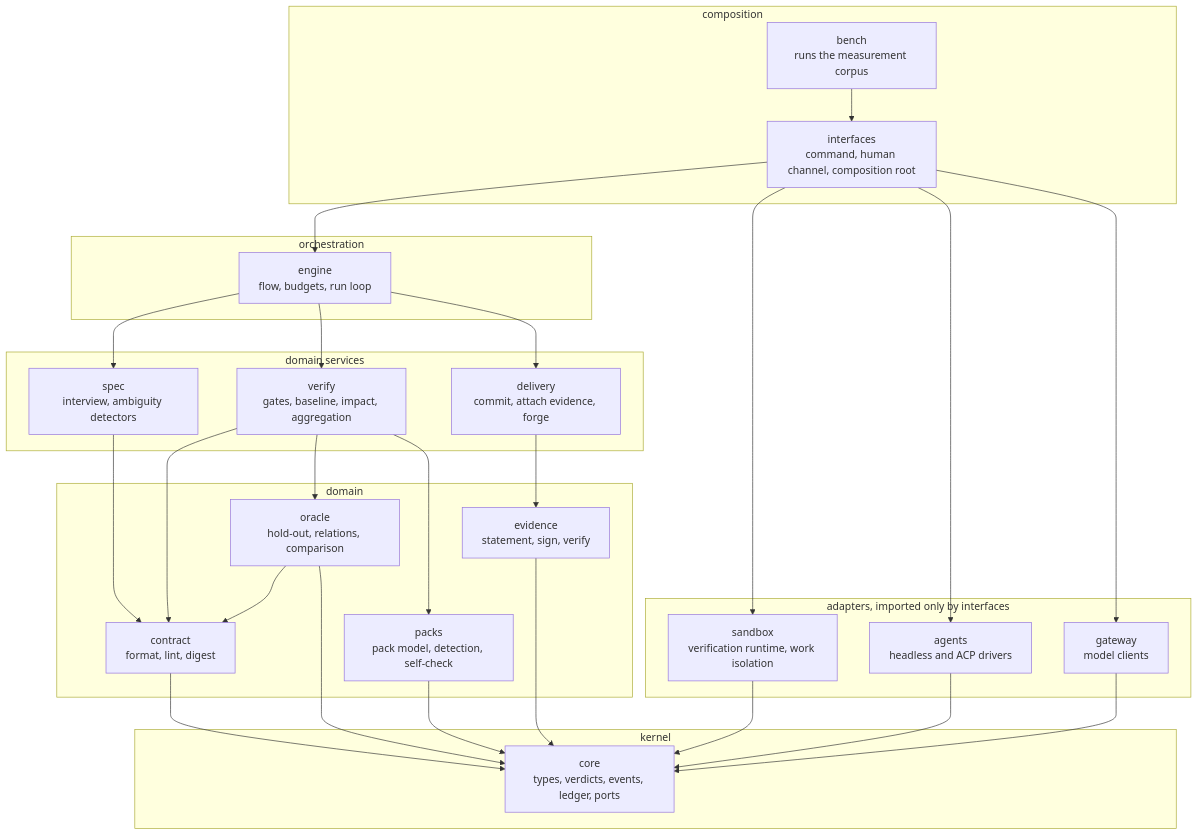
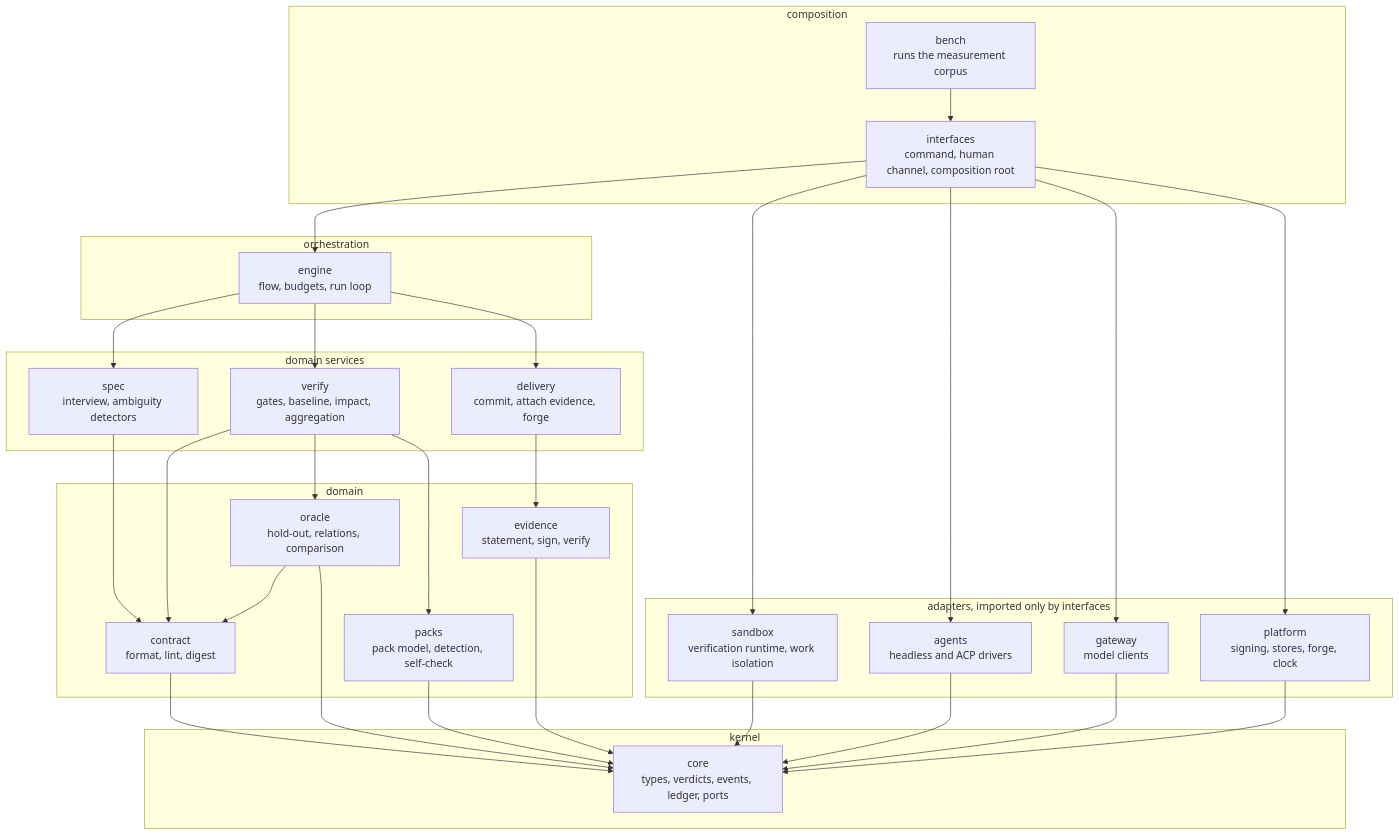
Before and after one commit to rafaranaz/raclab-dokime: the diagram in docs/architecture/02-modules.md, drawn with Mermaid. The commit also changed other lines of this file and 7 other files, not shown here.

````diff
--- a/docs/architecture/02-modules.md
+++ b/docs/architecture/02-modules.md
@@ -7,51 +7,54 @@
 ```mermaid
 flowchart TB
     subgraph L4["composition"]
         interfaces["interfaces<br/>command, human channel, composition root"]
         bench["bench<br/>runs the measurement corpus"]
     end
     subgraph L3["orchestration"]
         engine["engine<br/>flow, budgets, run loop"]
     end
     subgraph L2["domain services"]
         spec["spec<br/>interview, ambiguity detectors"]
         verify["verify<br/>gates, baseline, impact, aggregation"]
         delivery["delivery<br/>commit, attach evidence, forge"]
     end
     subgraph L1["domain"]
         contract["contract<br/>format, lint, digest"]
         oracle["oracle<br/>hold-out, relations, comparison"]
         evidence["evidence<br/>statement, sign, verify"]
         packs["packs<br/>pack model, detection, self-check"]
     end
     subgraph L0["kernel"]
         core["core<br/>types, verdicts, events, ledger, ports"]
     end
     subgraph AD["adapters, imported only by interfaces"]
         sandbox["sandbox<br/>verification runtime, work isolation"]
         agents["agents<br/>headless and ACP drivers"]
         gateway["gateway<br/>model clients"]
+        platform["platform<br/>signing, stores, forge, clock"]
     end
 
     interfaces --> engine
     bench --> interfaces
     engine --> spec
     engine --> verify
     engine --> delivery
     spec --> contract
     verify --> contract
     verify --> oracle
     verify --> packs
     delivery --> evidence
     oracle --> contract
     contract --> core
     oracle --> core
     evidence --> core
     packs --> core
     interfaces --> sandbox
     interfaces --> agents
     interfaces --> gateway
+    interfaces --> platform
     sandbox --> core
     agents --> core
     gateway --> core
+    platform --> core
 ```
````
